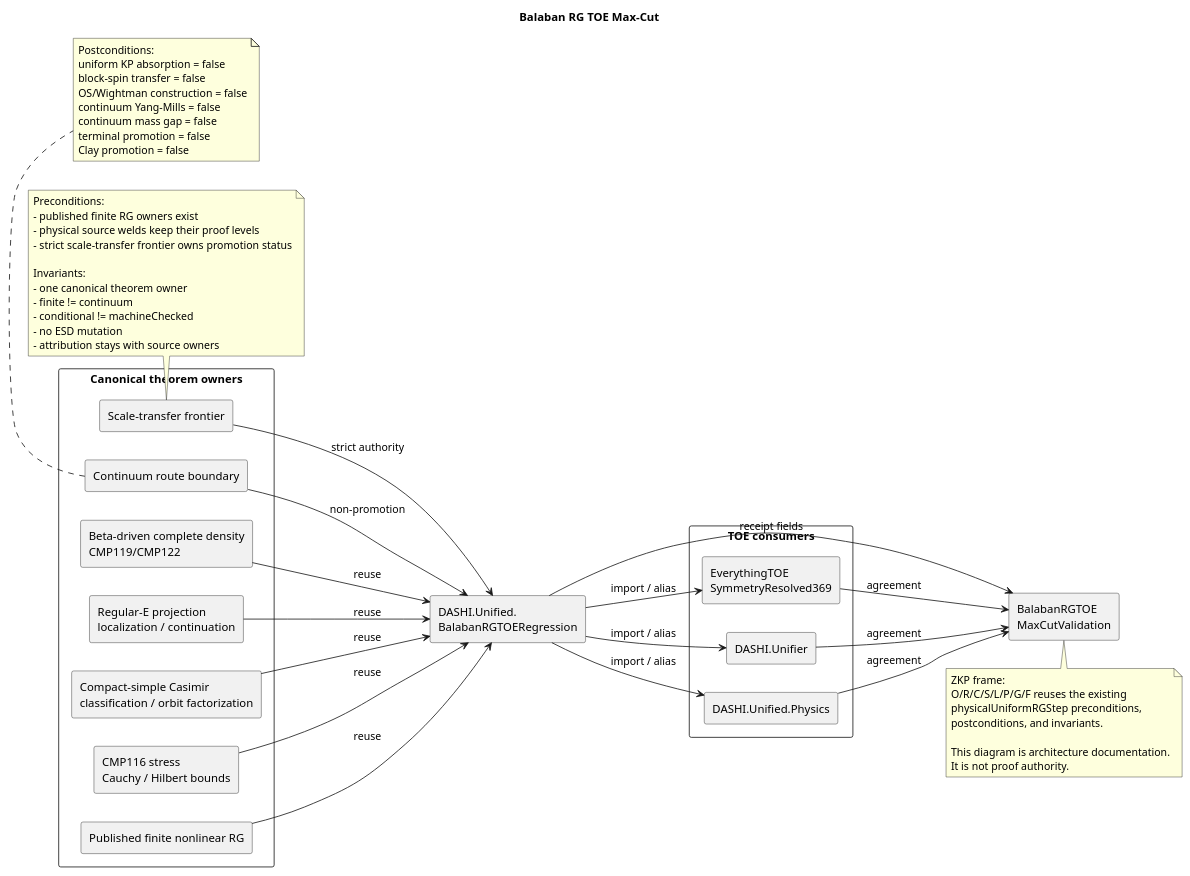
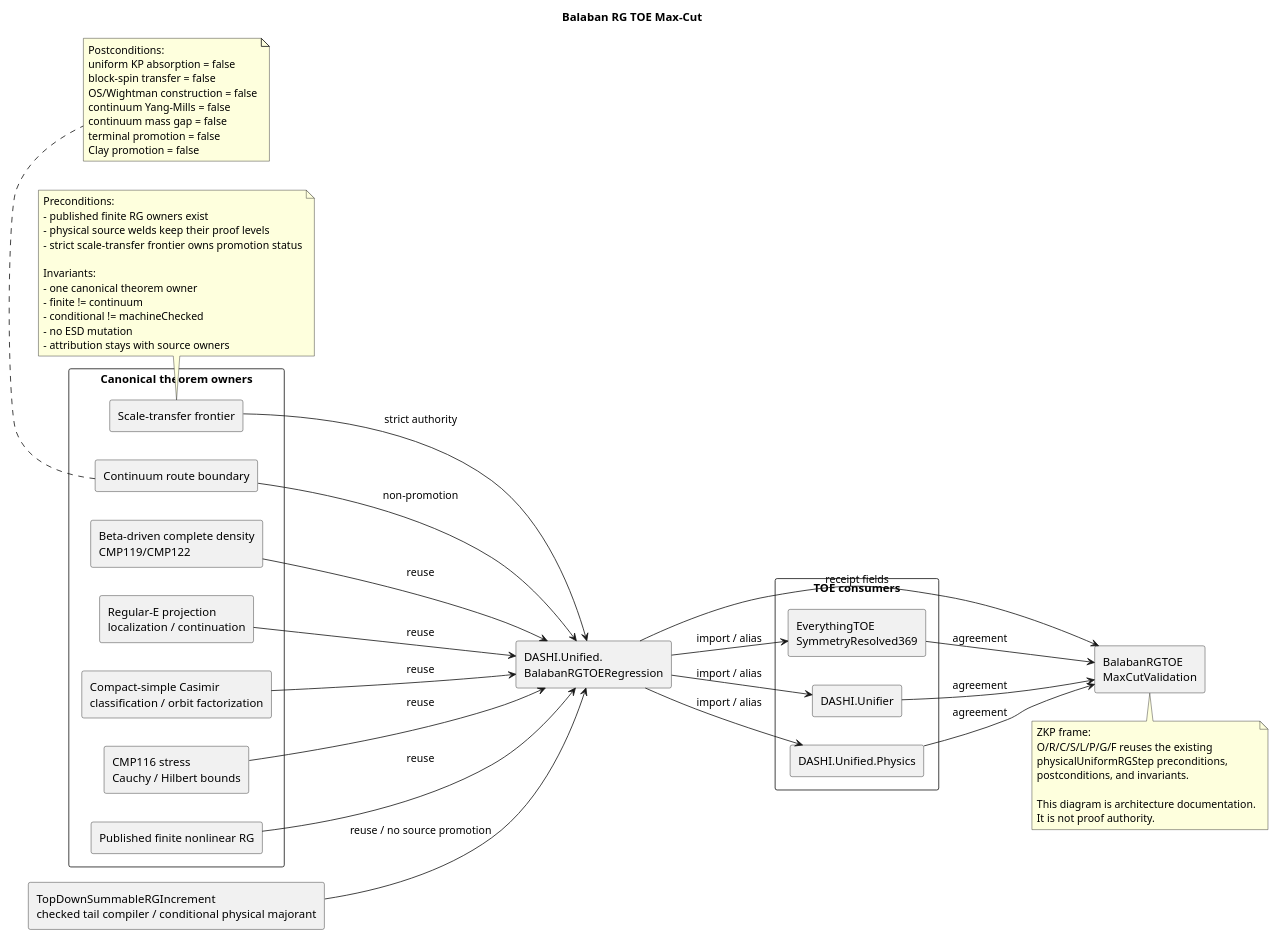
One commit to chboishabba/dashi_agda changed the diagram in Docs/diagrams/BalabanRGTOEMaxCut.puml. Above: the diagram before and after it, drawn with PlantUML.

Commit message:
TOE: add summable RG increment boundary to existing graph

```diff
--- a/Docs/diagrams/BalabanRGTOEMaxCut.puml
+++ b/Docs/diagrams/BalabanRGTOEMaxCut.puml
@@ -1,81 +1,83 @@
 @startuml
 title Balaban RG TOE Max-Cut
 
 left to right direction
 skinparam componentStyle rectangle
 skinparam packageStyle rectangle
 skinparam shadowing false
 
 package "Canonical theorem owners" {
   component "Beta-driven complete density\nCMP119/CMP122" as Density
   component "Regular-E projection\nlocalization / continuation" as RegularE
   component "Compact-simple Casimir\nclassification / orbit factorization" as Casimir
   component "CMP116 stress\nCauchy / Hilbert bounds" as Stress
   component "Published finite nonlinear RG" as PublishedRG
   component "Scale-transfer frontier" as Frontier
   component "Continuum route boundary" as Continuum
 }
 
+component "TopDownSummableRGIncrement\nchecked tail compiler / conditional physical majorant" as SummableRG
 component "DASHI.Unified.\nBalabanRGTOERegression" as Normalized
 
 package "TOE consumers" {
   component "EverythingTOE\nSymmetryResolved369" as TOE
   component "DASHI.Unifier" as Unifier
   component "DASHI.Unified.Physics" as Physics
 }
 
 component "BalabanRGTOE\nMaxCutValidation" as Validation
 
 Density --> Normalized : reuse
 RegularE --> Normalized : reuse
+SummableRG --> Normalized : reuse / no source promotion
 Casimir --> Normalized : reuse
 Stress --> Normalized : reuse
 PublishedRG --> Normalized : reuse
 Frontier --> Normalized : strict authority
 Continuum --> Normalized : non-promotion
 
 Normalized --> TOE : import / alias
 Normalized --> Unifier : import / alias
 Normalized --> Physics : import / alias
 
 TOE --> Validation : agreement
 Unifier --> Validation : agreement
 Physics --> Validation : agreement
 Normalized --> Validation : receipt fields
 
 note bottom of Frontier
 Preconditions:
 - published finite RG owners exist
 - physical source welds keep their proof levels
 - strict scale-transfer frontier owns promotion status
 
 Invariants:
 - one canonical theorem owner
 - finite != continuum
 - conditional != machineChecked
 - no ESD mutation
 - attribution stays with source owners
 end note
 
 note bottom of Continuum
 Postconditions:
 uniform KP absorption = false
 block-spin transfer = false
 OS/Wightman construction = false
 continuum Yang-Mills = false
 continuum mass gap = false
 terminal promotion = false
 Clay promotion = false
 end note
 
 note bottom of Validation
 ZKP frame:
 O/R/C/S/L/P/G/F reuses the existing
 physicalUniformRGStep preconditions,
 postconditions, and invariants.
 
 This diagram is architecture documentation.
 It is not proof authority.
 end note
 
 @enduml
```
